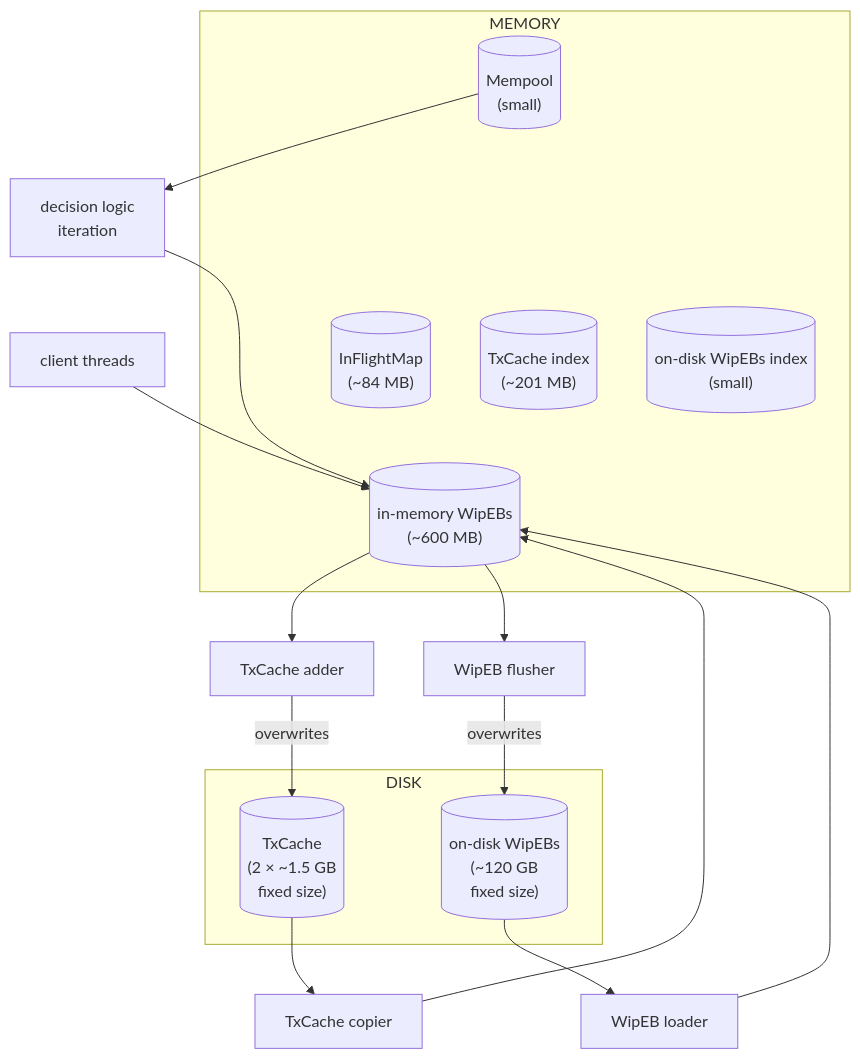
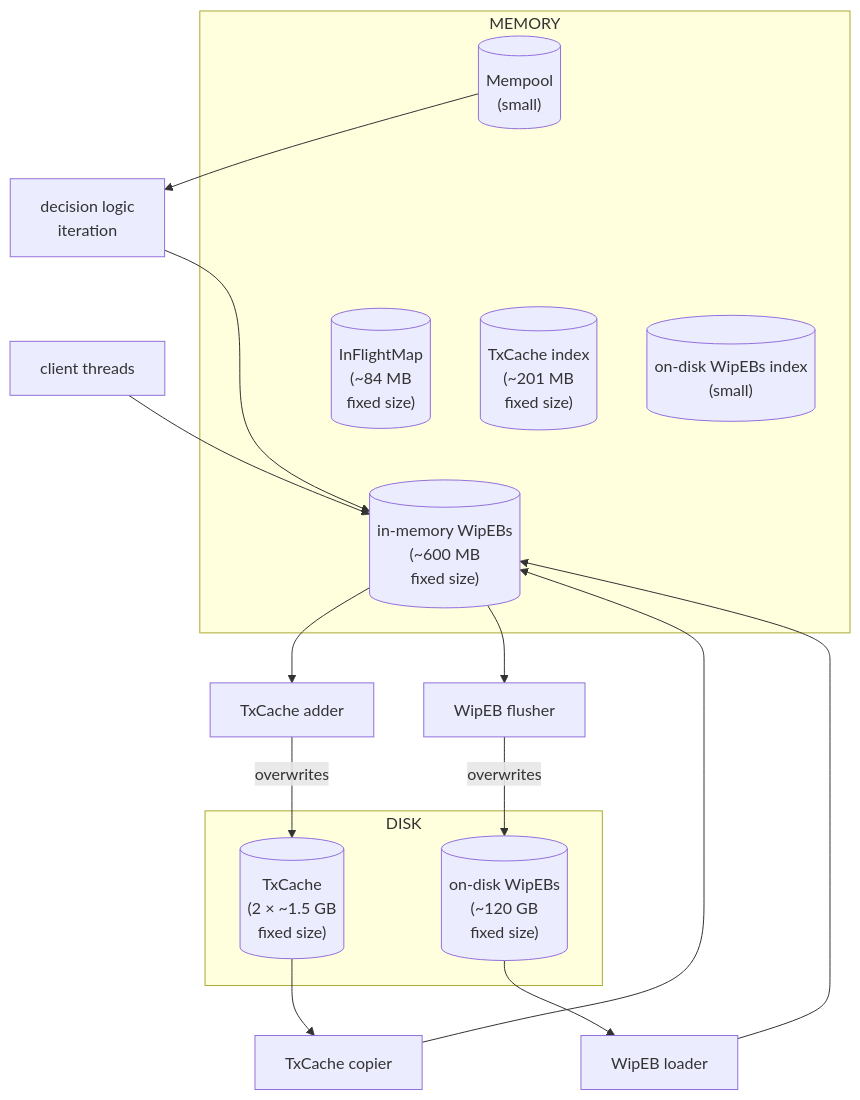
The diagram in docs/leios-design/LeiosFetchLogic.md (input-output-hk/ouroboros-leios), drawn with Mermaid before and after one commit.

Commit message:
TOSQUASH add "fixed size" in a few Diagram nodes

````diff
--- a/docs/leios-design/LeiosFetchLogic.md
+++ b/docs/leios-design/LeiosFetchLogic.md
@@ -71,34 +71,34 @@
 ```mermaid
 flowchart TD
     ClientThreads["client threads"] --> MemWipEBs
     Mempool --> Decider["decision logic<br>iteration"] --> MemWipEBs
 
     MemWipEBs --> TxCacheAdder["TxCache adder"] -->|overwrites| TxCache
     TxCache --> TxCacheCopier["TxCache copier"] --> MemWipEBs
 
     MemWipEBs --> Flusher["WipEB flusher"] -->|overwrites| DiskWipEBs
     DiskWipEBs --> Loader["WipEB loader"] --> MemWipEBs
 
     subgraph DISK
         DiskWipEBs[("on-disk WipEBs<br>(~120 GB<br>fixed size)")]
         TxCache[("TxCache<br>(2 × ~1.5 GB<br>fixed size)")]
     end
 
     subgraph MEMORY
-        MemWipEBs[("in-memory WipEBs<br>(~600 MB)")]
+        MemWipEBs[("in-memory WipEBs<br>(~600 MB<br>fixed size)")]
 
-        TxCacheIndex[("TxCache index<br>(~201 MB)")]
-        InFlightMap[("InFlightMap<br>(~84 MB)")]
+        TxCacheIndex[("TxCache index<br>(~201 MB<br>fixed size)")]
+        InFlightMap[("InFlightMap<br>(~84 MB<br>fixed size)")]
         WipEbIndex[("on-disk WipEBs index<br>(small)")]
 
         Mempool[("Mempool<br>(small)")]
     end
 
     %% layout tweaks
     Decider ~~~ ClientThreads
     Mempool ~~~ InFlightMap ~~~ MemWipEBs
     Mempool ~~~ TxCacheIndex ~~~ MemWipEBs
     Mempool ~~~ WipEbIndex ~~~ MemWipEBs
 
     %% no styling so that light/dark theme switching will be automated
 ```
````
